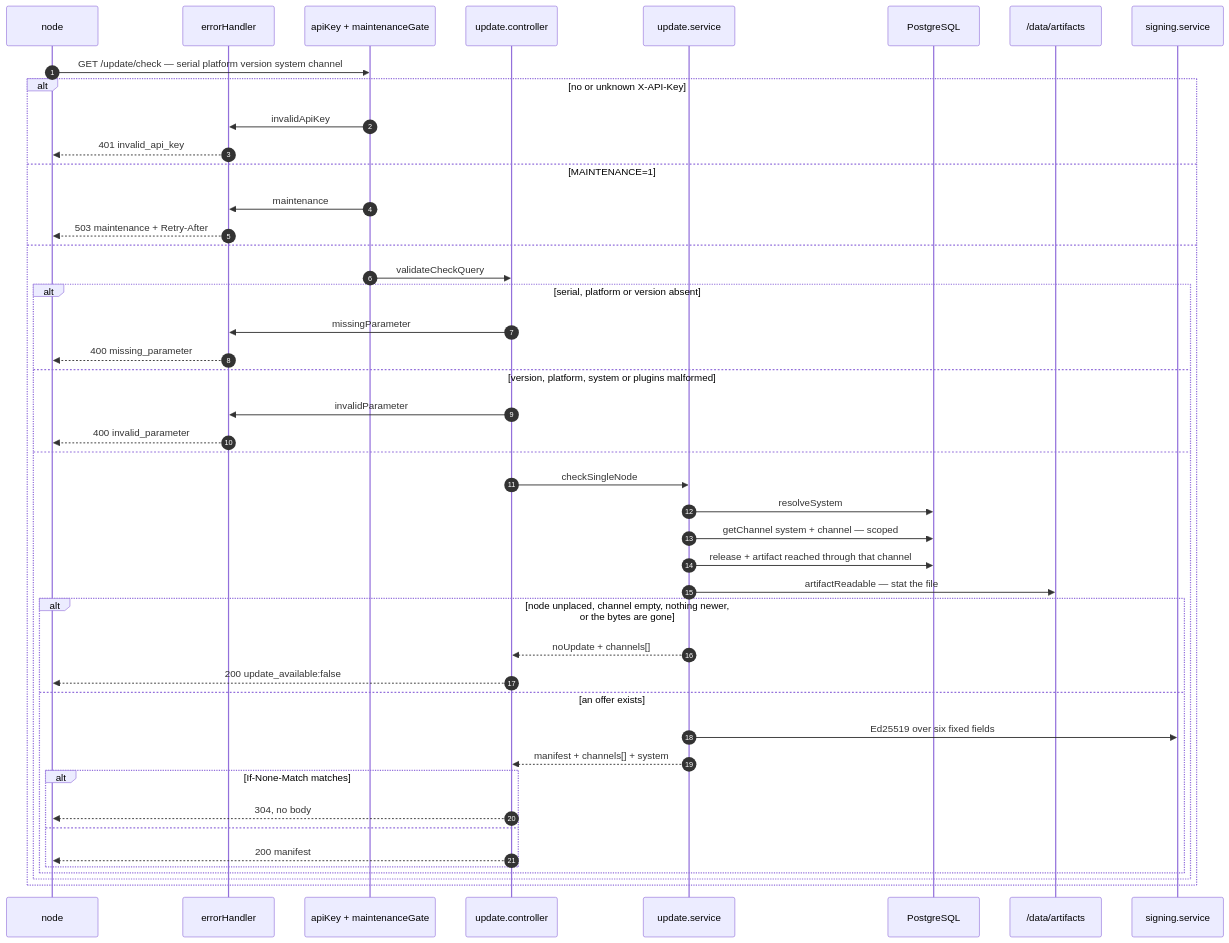
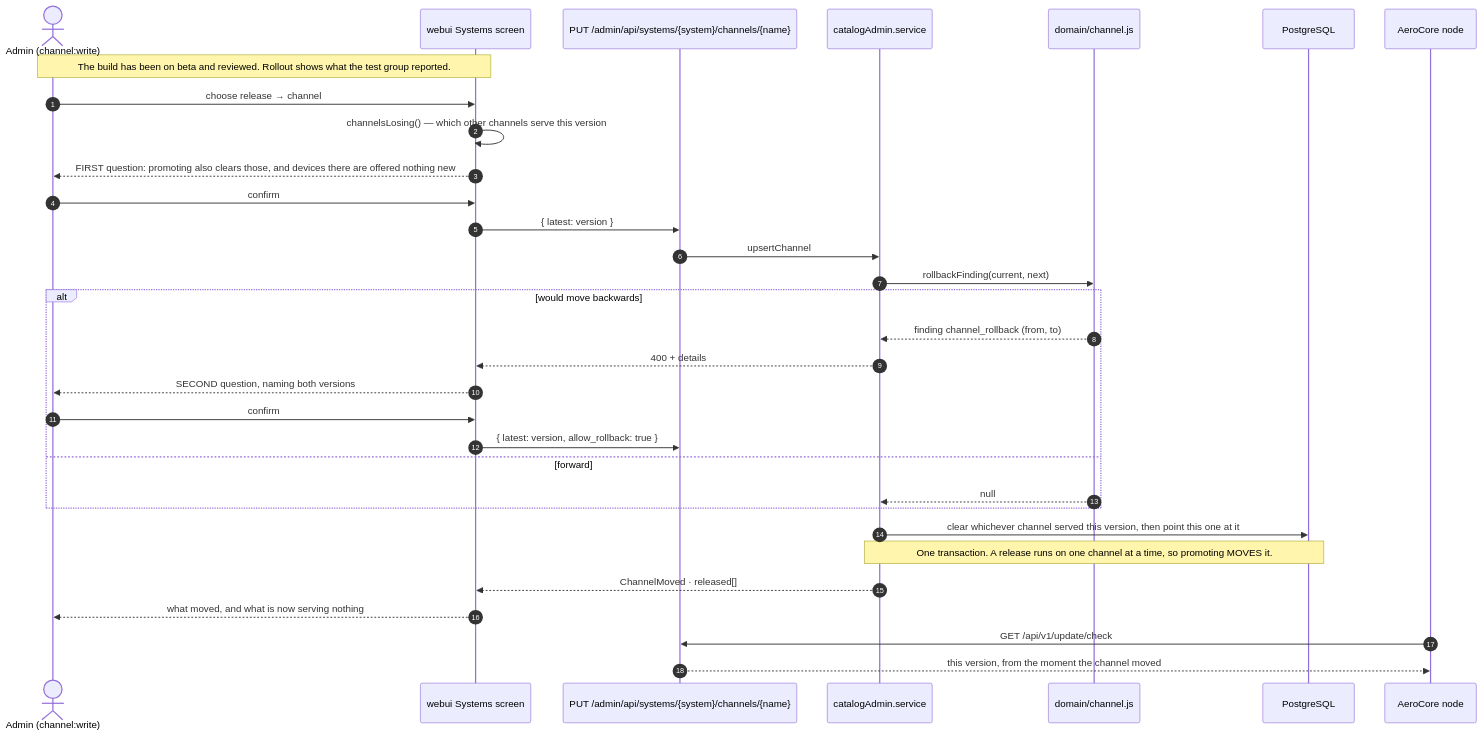
The sixth of 8 diagrams in docs/c4.md (Si-Ops-Real-Time-Robotics-Inc/AeroCoreUpdate), drawn with Mermaid before and after one commit. The commit also changed other lines of this file and 168 other files, not shown here.

First line of the commit message:
feat: Keycloak-only auth, the new web UI, and a version line per system

````diff
--- a/docs/c4.md
+++ b/docs/c4.md
@@ -248,50 +216,39 @@
 ```mermaid
 sequenceDiagram
-    autonumber
-    participant N as node
-    participant E as errorHandler
-    participant M as apiKey + maintenanceGate
-    participant C as update.controller
-    participant U as update.service
-    participant DB as PostgreSQL
-    participant FS as /data/artifacts
-    participant S as signing.service
+  autonumber
+  actor admin as Admin (channel:write)
+  participant ui as webui Systems screen
+  participant api as PUT /admin/api/systems/{system}/channels/{name}
+  participant svc as catalogAdmin.service
+  participant dom as domain/channel.js
+  participant db as PostgreSQL
+  participant node as AeroCore node
 
-    N->>M: GET /update/check — serial platform version system channel
+  Note over admin,ui: The build has been on beta and reviewed. Rollout shows what the test group reported.
 
-    alt no or unknown X-API-Key
-        M->>E: invalidApiKey
-        E-->>N: 401 invalid_api_key
-    else MAINTENANCE=1
-        M->>E: maintenance
-        E-->>N: 503 maintenance + Retry-After
-    else
-        M->>C: validateCheckQuery
-        alt serial, platform or version absent
-            C->>E: missingParameter
-            E-->>N: 400 missing_parameter
-        else version, platform, system or plugins malformed
-            C->>E: invalidParameter
-            E-->>N: 400 invalid_parameter
-        else
-            C->>U: checkSingleNode
-            U->>DB: resolveSystem
-            U->>DB: getChannel system + channel — scoped
-            U->>DB: release + artifact reached through that channel
-            U->>FS: artifactReadable — stat the file
+  admin->>ui: choose release → channel
+  ui->>ui: channelsLosing() — which other channels serve this version
+  ui-->>admin: FIRST question: promoting also clears those, and devices there are offered nothing new
+  admin->>ui: confirm
+  ui->>api: { latest: version }
+  api->>svc: upsertChannel
+  svc->>dom: rollbackFinding(current, next)
 
-            alt node unplaced, channel empty, nothing newer,<br/>or the bytes are gone
-                U-->>C: noUpdate + channels[]
-                C-->>N: 200 update_available:false
-            else an offer exists
-                U->>S: Ed25519 over six fixed fields
-                U-->>C: manifest + channels[] + system
-                alt If-None-Match matches
-                    C-->>N: 304, no body
-                else
-                    C-->>N: 200 manifest
-                end
-            end
-        end
-    end
+  alt would move backwards
+    dom-->>svc: finding channel_rollback (from, to)
+    svc-->>ui: 400 + details
+    ui-->>admin: SECOND question, naming both versions
+    admin->>ui: confirm
+    ui->>api: { latest: version, allow_rollback: true }
+  else forward
+    dom-->>svc: null
+  end
+
+  svc->>db: clear whichever channel served this version, then point this one at it
+  Note over svc,db: One transaction. A release runs on one channel at a time, so promoting MOVES it.
+  svc-->>ui: ChannelMoved · released[]
+  ui-->>admin: what moved, and what is now serving nothing
+
+  node->>api: GET /api/v1/update/check
+  api-->>node: this version, from the moment the channel moved
 ```
````
